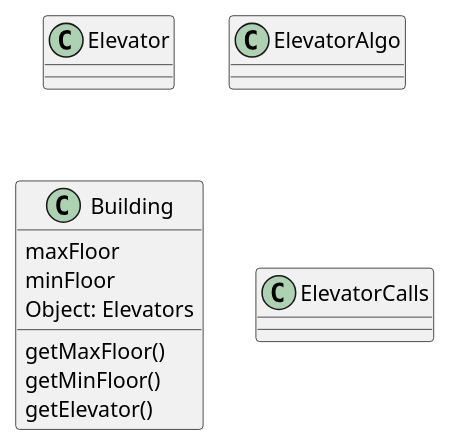
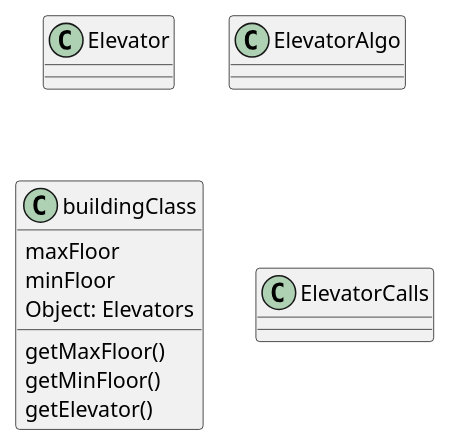
Before and after one commit to BenZeltser/OOP_2021_EX1: the diagram in PythonFiles/UML.puml, drawn with PlantUML. The commit also changed 21 other files, not shown here.

```diff
--- a/PythonFiles/UML.puml
+++ b/PythonFiles/UML.puml
@@ -1,24 +1,24 @@
 @startuml
 
 
 class Elevator {
 
     }
 
 class ElevatorAlgo {
 
     }
 
- class Building {
+ class buildingClass {
     getMaxFloor()
     getMinFloor()
     getElevator()
     maxFloor
     minFloor
     Object: Elevators
     }
 
  class ElevatorCalls {
 
     }
 @enduml
```
